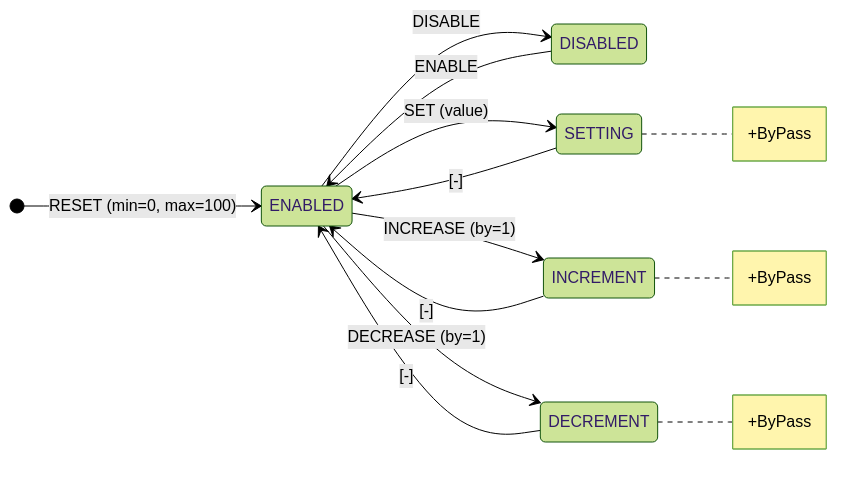
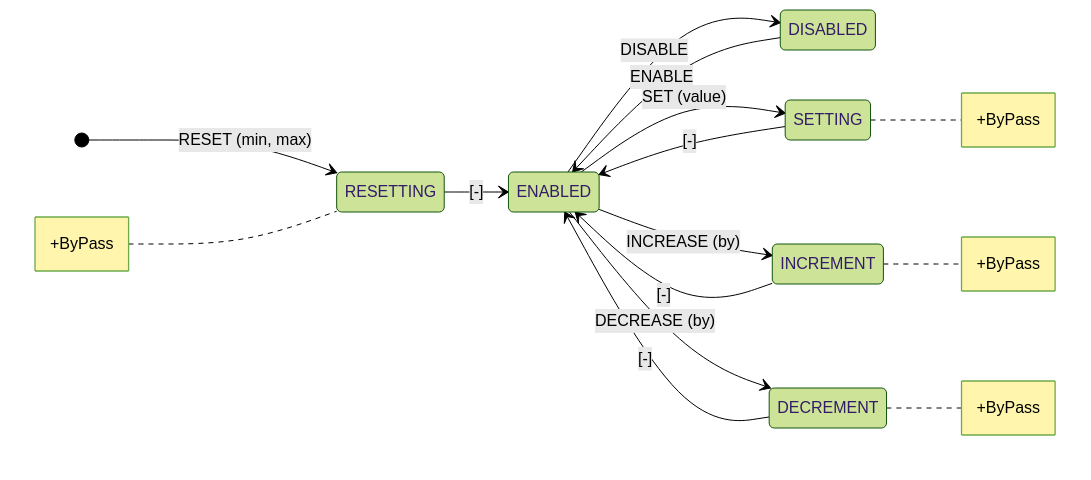
Before and after one commit to tfcp68/yantrix: the seventh of 11 diagrams in docs/index.md, drawn with Mermaid (forest theme). The commit also changed other lines of this file and 2 other files, not shown here.

````diff
--- a/docs/index.md
+++ b/docs/index.md
@@ -194,22 +189,26 @@
 ```mermaid
 stateDiagram-v2
 	direction LR
-	[*] --> ENABLED: RESET (min=0, max=100)
+	[*] --> RESETTING: RESET (min, max)
+	RESETTING --> ENABLED: [-]
 	ENABLED --> DISABLED: DISABLE
 	DISABLED --> ENABLED: ENABLE
 	ENABLED --> SETTING: SET (value)
 	SETTING --> ENABLED: [-]
-	ENABLED --> INCREMENT: INCREASE (by=1)
+	ENABLED --> INCREMENT: INCREASE (by)
 	INCREMENT --> ENABLED: [-]
-	ENABLED --> DECREMENT: DECREASE (by=1)
+	ENABLED --> DECREMENT: DECREASE (by)
 	DECREMENT --> ENABLED: [-]
+	note left of RESETTING
+		+ByPass
+	end note
 	note right of SETTING
 		+ByPass
 	end note
 	note right of INCREMENT
 		+ByPass
 	end note
 	note right of DECREMENT
 		+ByPass
 	end note
 ```
````
